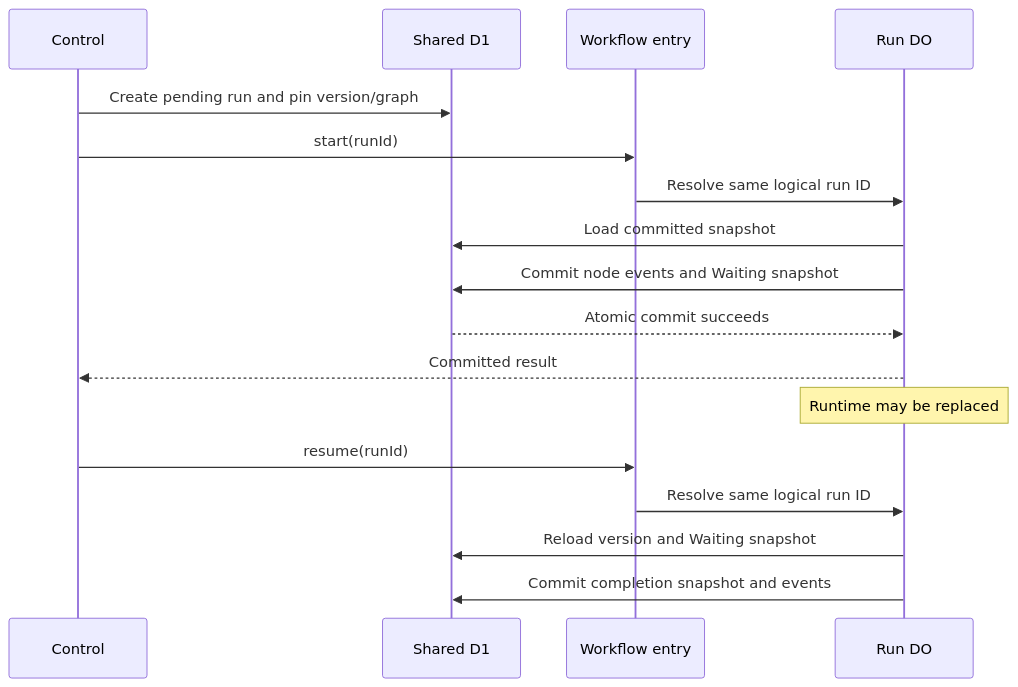
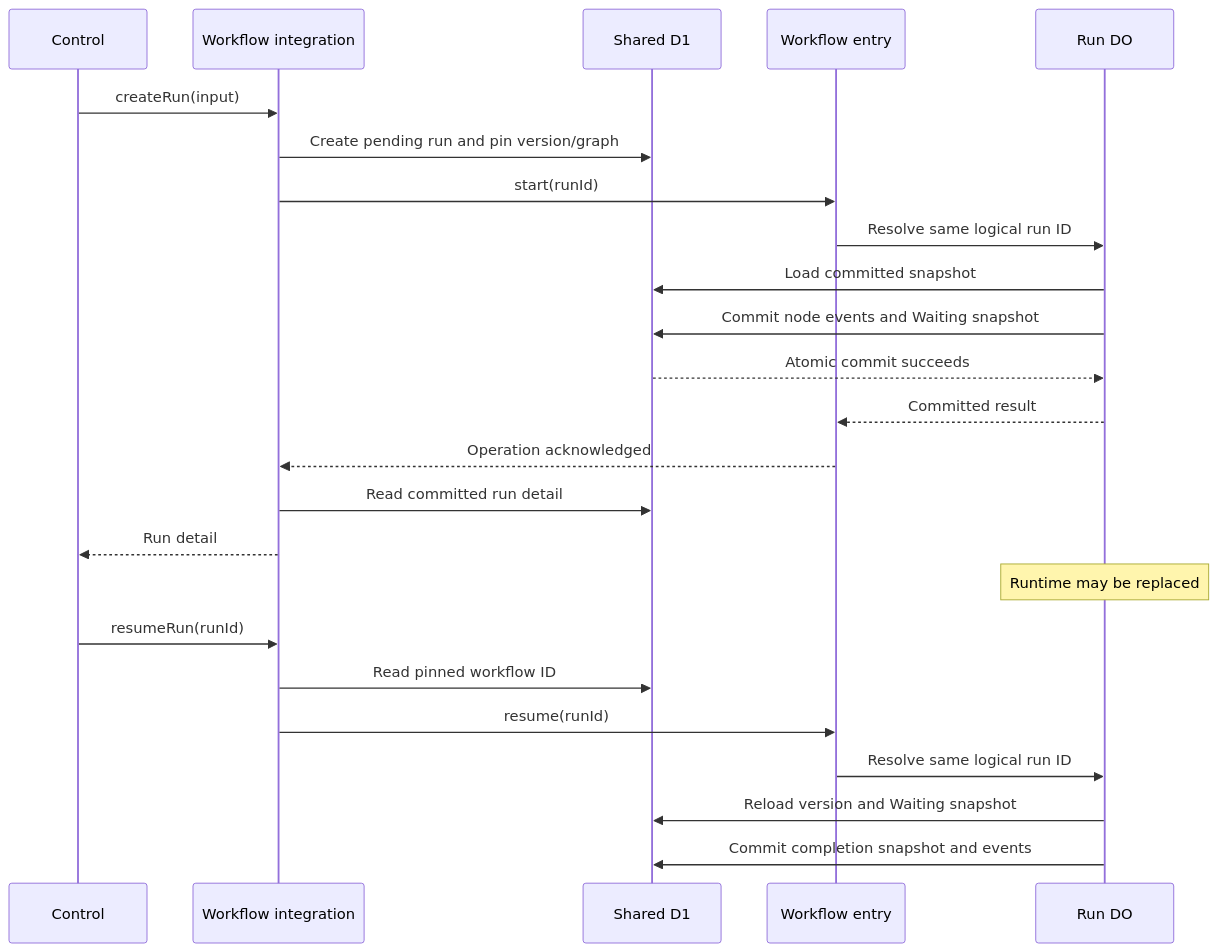
Before and after one commit to totto2727-org/flowdeck: the second of 2 diagrams in docs/architecture.md, drawn with Mermaid. The commit also changed other lines of this file and 14 other files, not shown here.

Commit message:
feat: route Control through one workflow integration Worker

````diff
--- a/docs/architecture.md
+++ b/docs/architecture.md
@@ -132,19 +140,26 @@
 ```mermaid
 sequenceDiagram
   participant C as Control
+  participant W as Workflow integration
   participant D as Shared D1
   participant E as Workflow entry
   participant O as Run DO
-  C->>D: Create pending run and pin version/graph
-  C->>E: start(runId)
+  C->>W: createRun(input)
+  W->>D: Create pending run and pin version/graph
+  W->>E: start(runId)
   E->>O: Resolve same logical run ID
   O->>D: Load committed snapshot
   O->>D: Commit node events and Waiting snapshot
   D-->>O: Atomic commit succeeds
-  O-->>C: Committed result
+  O-->>E: Committed result
+  E-->>W: Operation acknowledged
+  W->>D: Read committed run detail
+  W-->>C: Run detail
   Note over O: Runtime may be replaced
-  C->>E: resume(runId)
+  C->>W: resumeRun(runId)
+  W->>D: Read pinned workflow ID
+  W->>E: resume(runId)
   E->>O: Resolve same logical run ID
   O->>D: Reload version and Waiting snapshot
   O->>D: Commit completion snapshot and events
 ```
````
